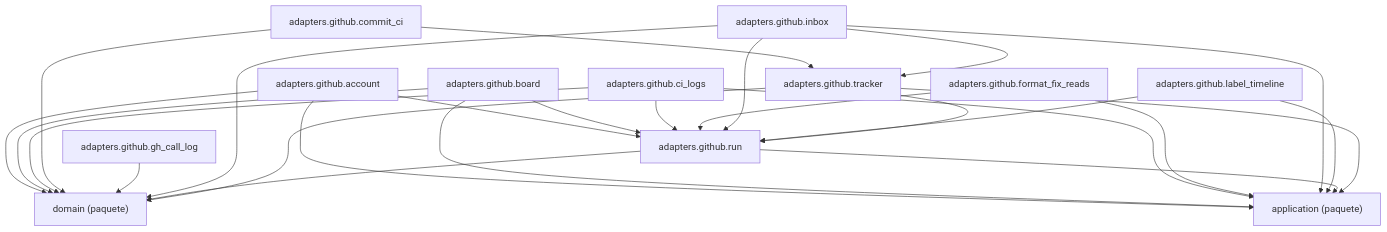
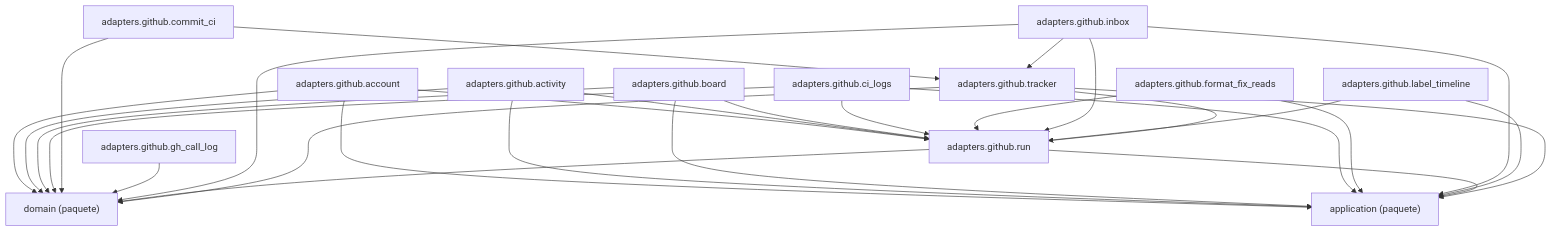
The diagram in docs/architecture/generated/packages-process-adapters-github.md (GonzaloZevallos/agentic-system), drawn with Mermaid before and after one commit. The commit also changed 18 other files, not shown here.

````diff
--- a/docs/architecture/generated/packages-process-adapters-github.md
+++ b/docs/architecture/generated/packages-process-adapters-github.md
@@ -15,40 +15,44 @@
 ```mermaid
 graph TD
     g_pkg__application["application (paquete)"]
     g_pkg__domain["domain (paquete)"]
     m_adapters__github__account["adapters.github.account"]
+    m_adapters__github__activity["adapters.github.activity"]
     m_adapters__github__board["adapters.github.board"]
     m_adapters__github__ci_logs["adapters.github.ci_logs"]
     m_adapters__github__commit_ci["adapters.github.commit_ci"]
     m_adapters__github__format_fix_reads["adapters.github.format_fix_reads"]
     m_adapters__github__gh_call_log["adapters.github.gh_call_log"]
     m_adapters__github__inbox["adapters.github.inbox"]
     m_adapters__github__label_timeline["adapters.github.label_timeline"]
     m_adapters__github__run["adapters.github.run"]
     m_adapters__github__tracker["adapters.github.tracker"]
     m_adapters__github__account --> g_pkg__application
     m_adapters__github__account --> g_pkg__domain
     m_adapters__github__account --> m_adapters__github__run
+    m_adapters__github__activity --> g_pkg__application
+    m_adapters__github__activity --> g_pkg__domain
+    m_adapters__github__activity --> m_adapters__github__run
     m_adapters__github__board --> g_pkg__application
     m_adapters__github__board --> g_pkg__domain
     m_adapters__github__board --> m_adapters__github__run
     m_adapters__github__ci_logs --> g_pkg__application
     m_adapters__github__ci_logs --> g_pkg__domain
     m_adapters__github__ci_logs --> m_adapters__github__run
     m_adapters__github__commit_ci --> g_pkg__domain
     m_adapters__github__commit_ci --> m_adapters__github__tracker
     m_adapters__github__format_fix_reads --> g_pkg__application
     m_adapters__github__format_fix_reads --> m_adapters__github__run
     m_adapters__github__gh_call_log --> g_pkg__domain
     m_adapters__github__inbox --> g_pkg__application
     m_adapters__github__inbox --> g_pkg__domain
     m_adapters__github__inbox --> m_adapters__github__run
     m_adapters__github__inbox --> m_adapters__github__tracker
     m_adapters__github__label_timeline --> g_pkg__application
     m_adapters__github__label_timeline --> m_adapters__github__run
     m_adapters__github__run --> g_pkg__application
     m_adapters__github__run --> g_pkg__domain
     m_adapters__github__tracker --> g_pkg__application
     m_adapters__github__tracker --> g_pkg__domain
     m_adapters__github__tracker --> m_adapters__github__run
 ```
````
